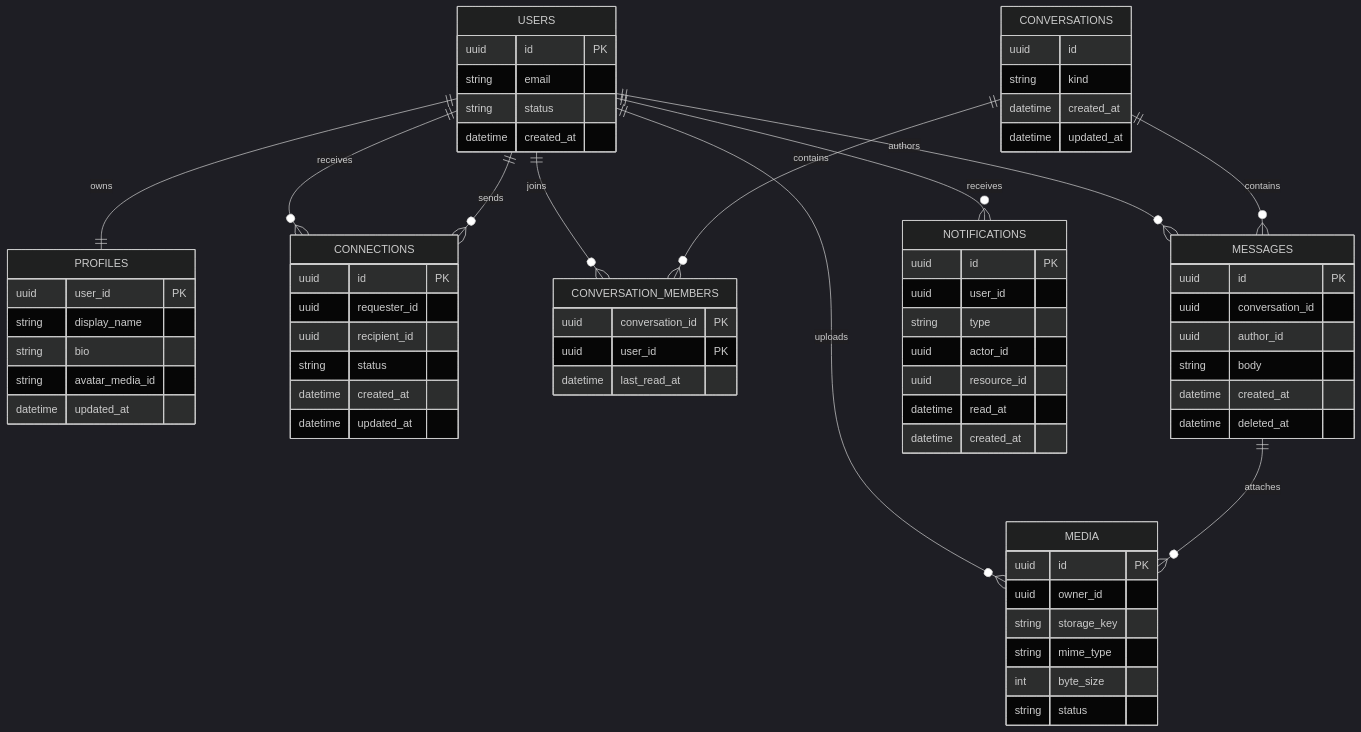
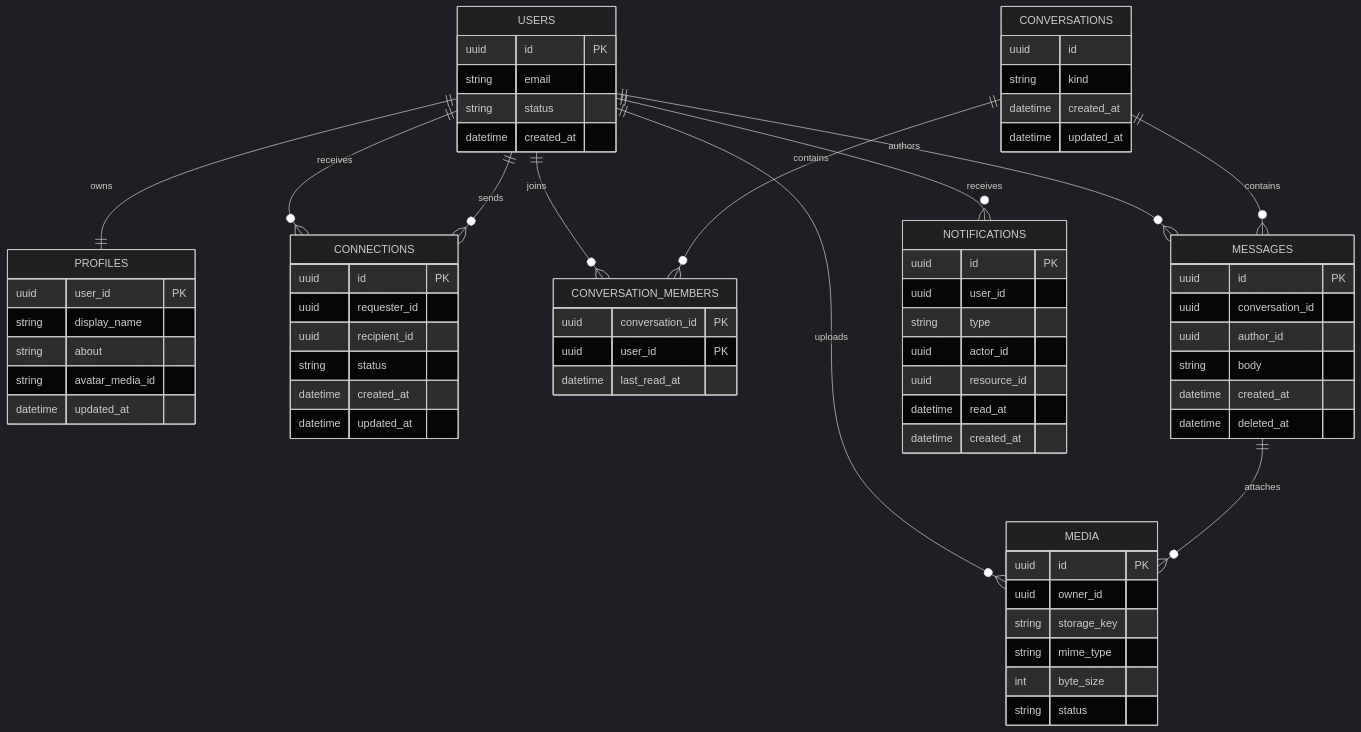
Before and after one commit to MojolaoluwaGafar/Connectify: the second of 2 diagrams in docs/architecture/backend.md, drawn with Mermaid (dark theme). The commit also changed 22 other files, not shown here.

````diff
--- a/docs/architecture/backend.md
+++ b/docs/architecture/backend.md
@@ -206,22 +206,22 @@
 ```mermaid
 erDiagram
     USERS ||--|| PROFILES : owns
     USERS ||--o{ CONNECTIONS : sends
     USERS ||--o{ CONNECTIONS : receives
     CONVERSATIONS ||--o{ CONVERSATION_MEMBERS : contains
     USERS ||--o{ CONVERSATION_MEMBERS : joins
     CONVERSATIONS ||--o{ MESSAGES : contains
     USERS ||--o{ MESSAGES : authors
     USERS ||--o{ NOTIFICATIONS : receives
     MESSAGES ||--o{ MEDIA : attaches
     USERS ||--o{ MEDIA : uploads
 
     USERS { uuid id PK string email string status datetime created_at }
-    PROFILES { uuid user_id PK string display_name string bio string avatar_media_id datetime updated_at }
+    PROFILES { uuid user_id PK string display_name string about string avatar_media_id datetime updated_at }
     CONNECTIONS { uuid id PK uuid requester_id uuid recipient_id string status datetime created_at datetime updated_at }
     CONVERSATIONS { uuid id string kind datetime created_at datetime updated_at }
     CONVERSATION_MEMBERS { uuid conversation_id PK uuid user_id PK datetime last_read_at }
     MESSAGES { uuid id PK uuid conversation_id uuid author_id string body datetime created_at datetime deleted_at }
     NOTIFICATIONS { uuid id PK uuid user_id string type uuid actor_id uuid resource_id datetime read_at datetime created_at }
     MEDIA { uuid id PK uuid owner_id string storage_key string mime_type int byte_size string status }
 ```
````
